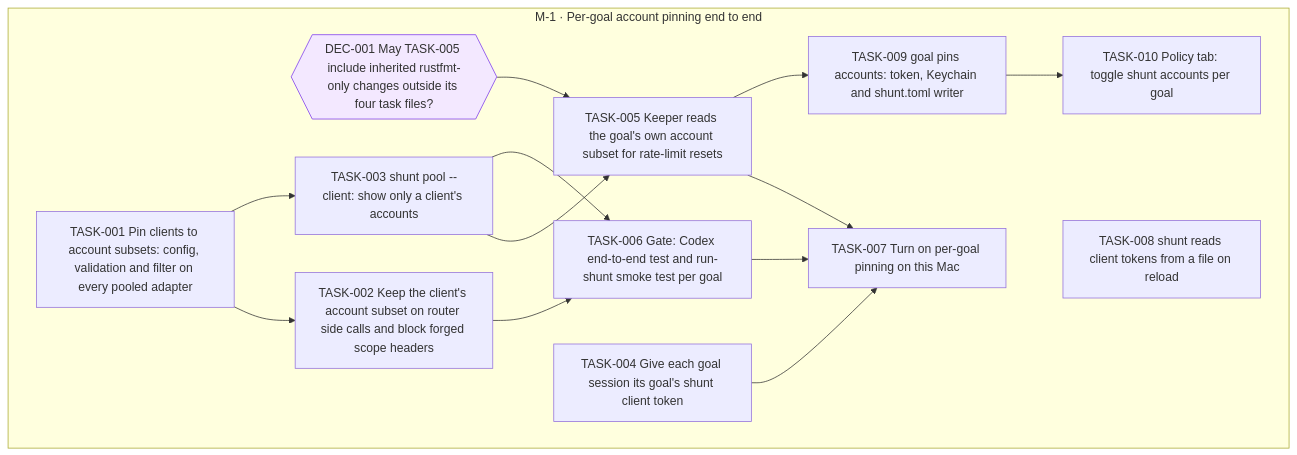
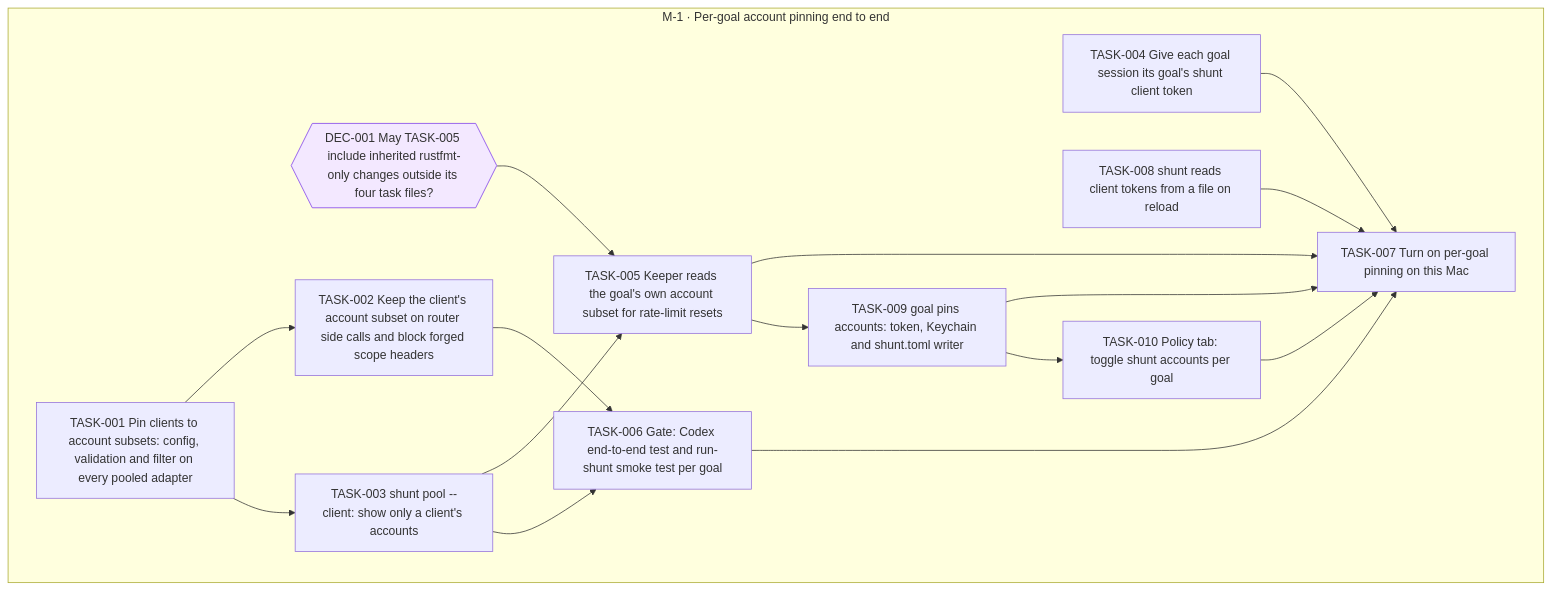
One commit to jesusvillota/shunt changed the diagram in goals/account-pinning/README.md. Above: the diagram before and after it, drawn with Mermaid. The commit also changed 1 other file, not shown here.

Commit message:
goal(account-pinning): link TASK-007 after TASK-008, TASK-009, TASK-010

````diff
--- a/goals/account-pinning/README.md
+++ b/goals/account-pinning/README.md
@@ -37,31 +37,34 @@
 ```mermaid
 flowchart TD
   subgraph M_1["M-1 · Per-goal account pinning end to end"]
     DEC_001{{"DEC-001 May TASK-005 include inherited rustfmt-only changes outside its four task files?"}}
     TASK_001["TASK-001 Pin clients to account subsets: config, validation and filter on every pooled adapter"]
     TASK_002["TASK-002 Keep the client's account subset on router side calls and block forged scope headers"]
     TASK_003["TASK-003 shunt pool --client: show only a client's accounts"]
     TASK_004["TASK-004 Give each goal session its goal's shunt client token"]
     TASK_005["TASK-005 Keeper reads the goal's own account subset for rate-limit resets"]
     TASK_006["TASK-006 Gate: Codex end-to-end test and run-shunt smoke test per goal"]
     TASK_007["TASK-007 Turn on per-goal pinning on this Mac"]
     TASK_008["TASK-008 shunt reads client tokens from a file on reload"]
     TASK_009["TASK-009 goal pins accounts: token, Keychain and shunt.toml writer"]
     TASK_010["TASK-010 Policy tab: toggle shunt accounts per goal"]
   end
   TASK_001 --> TASK_002
   TASK_001 --> TASK_003
   TASK_003 --> TASK_005
   DEC_001 --> TASK_005
   TASK_002 --> TASK_006
   TASK_003 --> TASK_006
   TASK_004 --> TASK_007
   TASK_005 --> TASK_007
   TASK_006 --> TASK_007
+  TASK_008 --> TASK_007
+  TASK_009 --> TASK_007
+  TASK_010 --> TASK_007
   TASK_005 --> TASK_009
   TASK_009 --> TASK_010
   classDef draft stroke-dasharray: 4 3
   classDef cancelled opacity:0.45
   classDef decision fill:#f3e8ff,stroke:#7c3aed
   class DEC_001 decision
 ```
````
